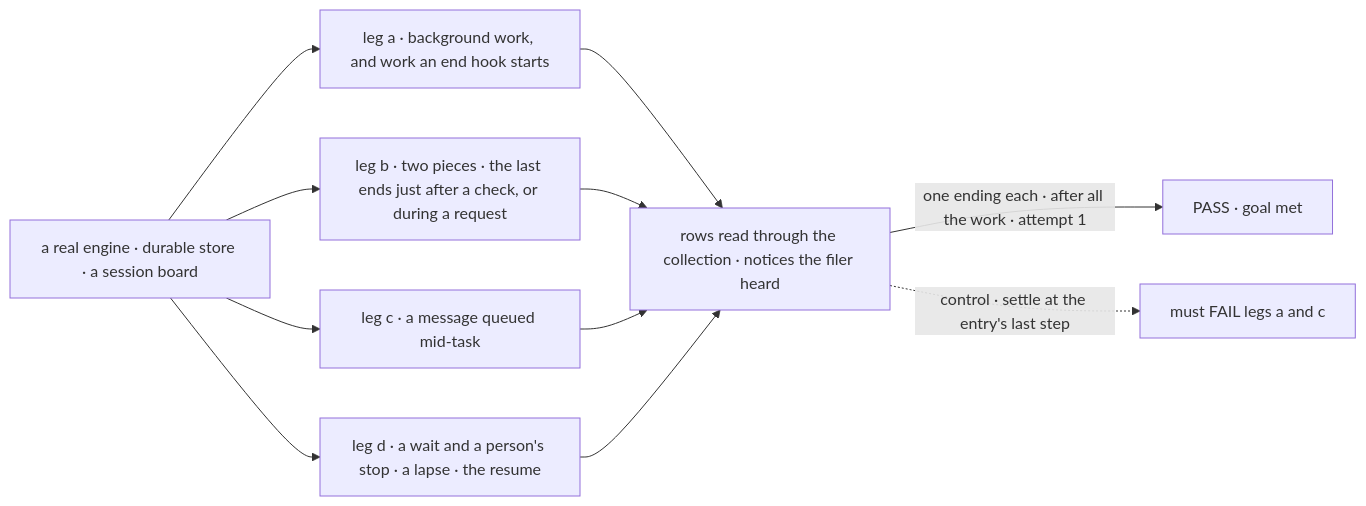
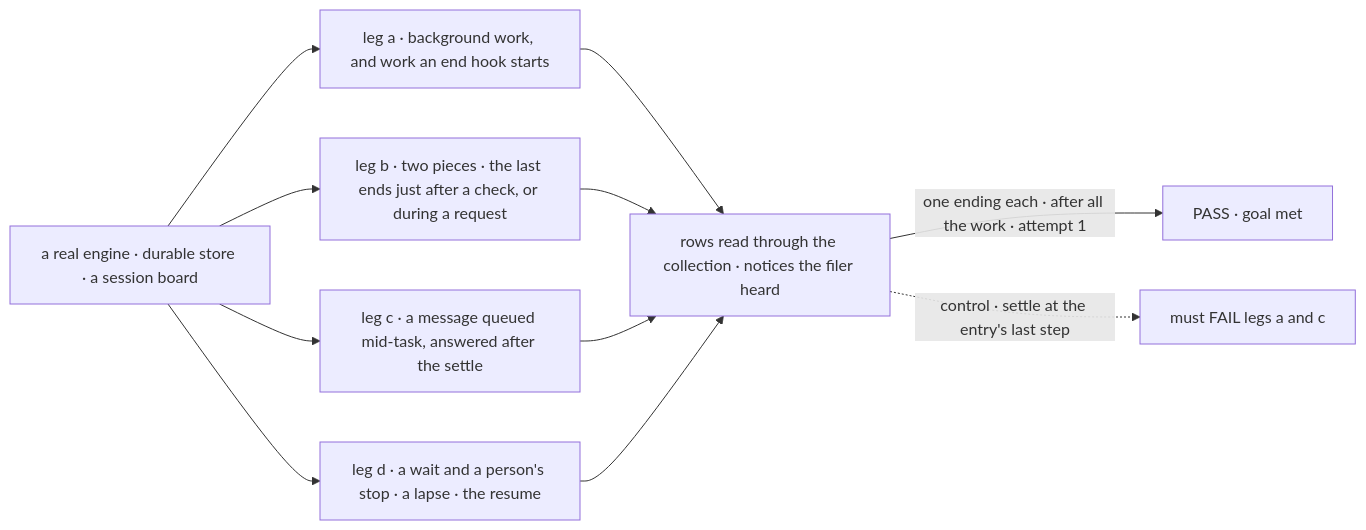
Before and after one commit to fixpoint-labs/flow-state-dev: the first of 2 diagrams in specs/issues/FIX-2077/SPEC.md, drawn with Mermaid. The commit also changed other lines of this file and 35 other files, not shown here.

````diff
--- a/specs/issues/FIX-2077/SPEC.md
+++ b/specs/issues/FIX-2077/SPEC.md
@@ -29,13 +30,13 @@
 ```mermaid
 flowchart LR
   A["a real engine · durable store · a session board"] --> L1["leg a · background work, and work an end hook starts"]
   A --> L2["leg b · two pieces · the last ends just after a check, or during a request"]
-  A --> L3["leg c · a message queued mid-task"]
+  A --> L3["leg c · a message queued mid-task, answered after the settle"]
   A --> L4["leg d · a wait and a person's stop · a lapse · the resume"]
   L1 --> R["rows read through the collection · notices the filer heard"]
   L2 --> R
   L3 --> R
   L4 --> R
   R -->|"one ending each · after all the work · attempt 1"| P["PASS · goal met"]
   R -.->|"control · settle at the entry's last step"| F["must FAIL legs a and c"]
 ```
````
